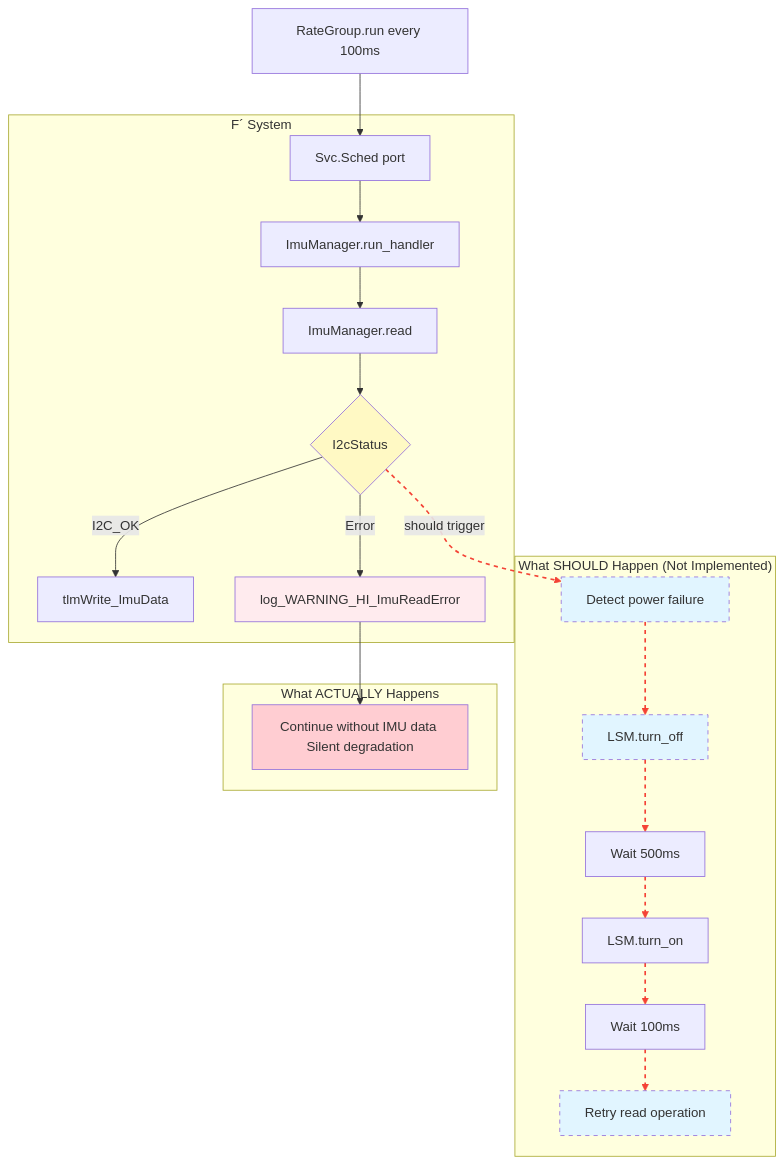
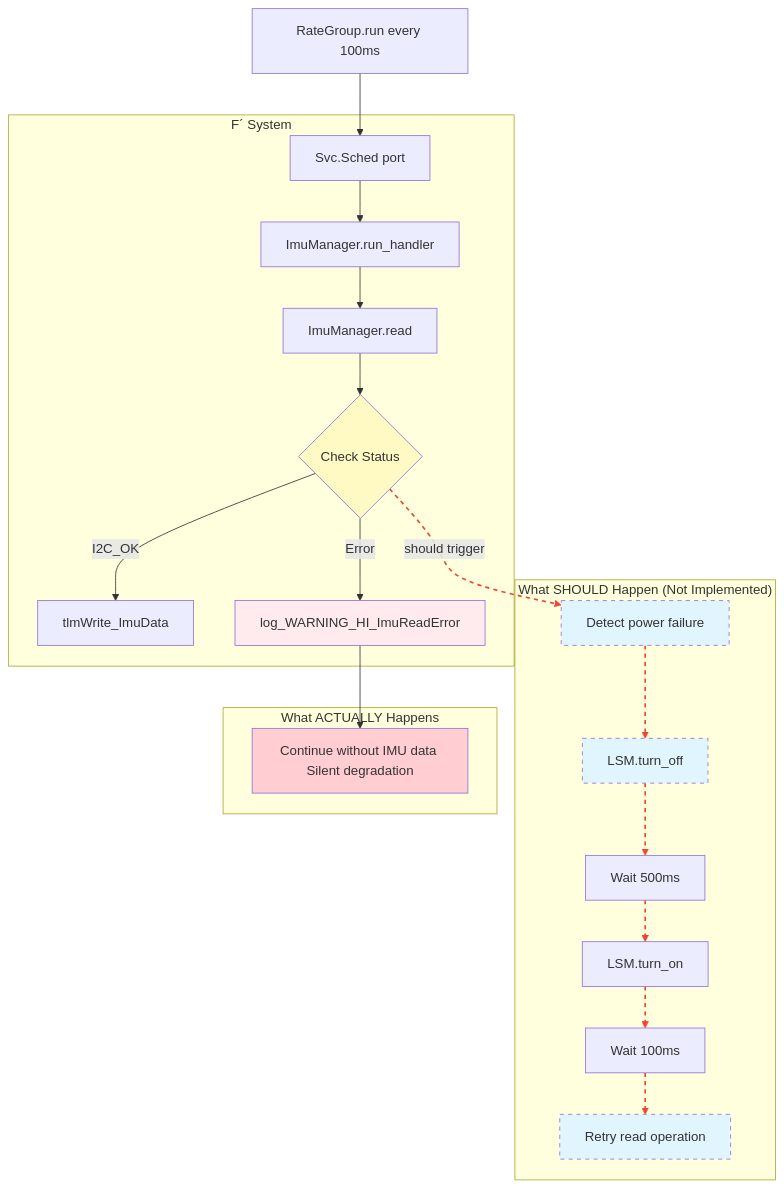
Before and after one commit to phantom-man/PROVES_LIBRARY: the fourth of 6 diagrams in docs/diagrams/transitive-chains.md, drawn with Mermaid. The commit also changed 1 other file, not shown here.

Commit message:
Fix remaining I2cStatus references in mermaid diagrams

````diff
--- a/docs/diagrams/transitive-chains.md
+++ b/docs/diagrams/transitive-chains.md
@@ -258,50 +258,50 @@
 ```mermaid
 flowchart TB
     START[RateGroup.run every 100ms]
 
     subgraph "F´ System"
         SCHED[Svc.Sched port]
         RUN[ImuManager.run_handler]
         READ[ImuManager.read]
-        STATUS{I2cStatus}
+        STATUS{Check Status}
         TLM[tlmWrite_ImuData]
         ERR[log_WARNING_HI_ImuReadError]
     end
 
     subgraph "What SHOULD Happen (Not Implemented)"
         DETECT[Detect power failure]
         POWER_OFF[LSM.turn_off]
         DELAY1[Wait 500ms]
         POWER_ON[LSM.turn_on]
         DELAY2[Wait 100ms]
         RETRY[Retry read operation]
     end
 
     subgraph "What ACTUALLY Happens"
         CONT[Continue without IMU data Silent degradation]
     end
 
     START --> SCHED
     SCHED --> RUN
     RUN --> READ
     READ --> STATUS
     STATUS -->|I2C_OK| TLM
     STATUS -->|Error| ERR
     ERR --> CONT
 
     STATUS -.->|should trigger| DETECT
     DETECT -.-> POWER_OFF
     POWER_OFF -.-> DELAY1
     DELAY1 -.-> POWER_ON
     POWER_ON -.-> DELAY2
     DELAY2 -.-> RETRY
 
     style STATUS fill:#fff9c4
     style ERR fill:#ffebee
     style CONT fill:#ffcdd2
     style DETECT fill:#e1f5ff,stroke-dasharray: 5 5
     style POWER_OFF fill:#e1f5ff,stroke-dasharray: 5 5
     style RETRY fill:#e1f5ff,stroke-dasharray: 5 5
 
     linkStyle 7,8,9,10,11,12 stroke:#f44336,stroke-width:2px,stroke-dasharray: 5 5
 ```
````
